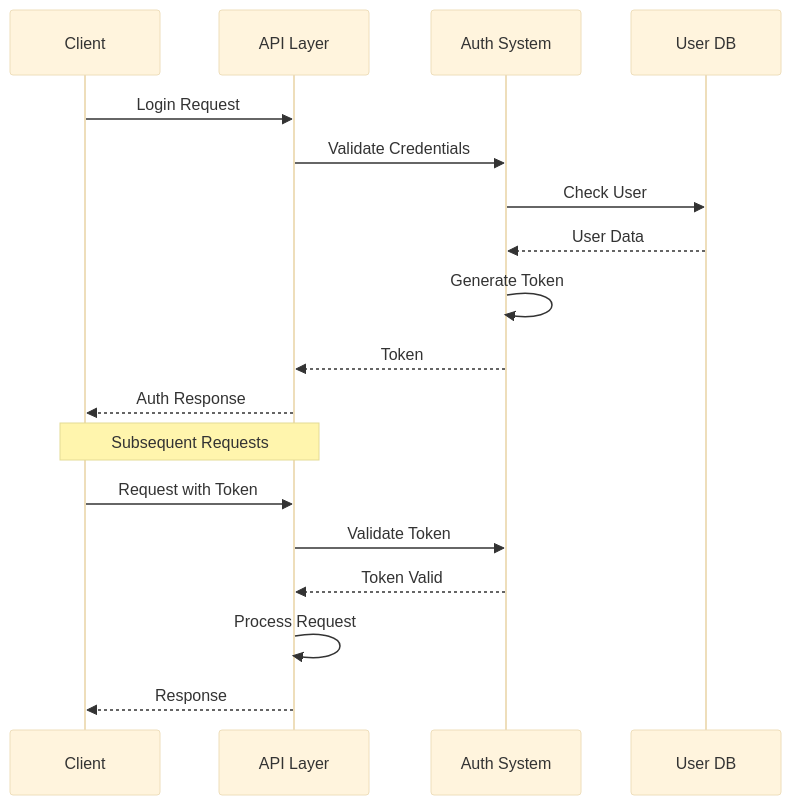
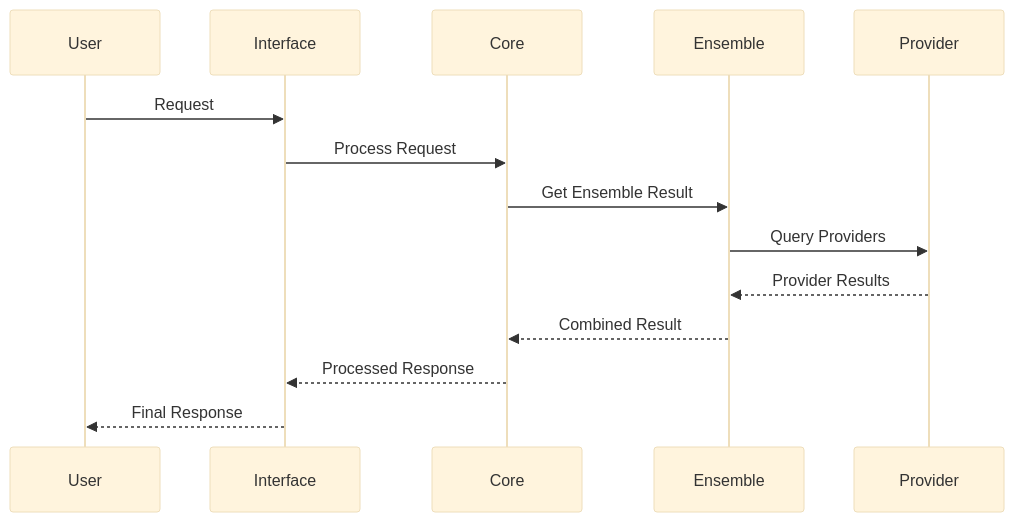
The seventh of 10 diagrams in docs/architecture.md (multimindlab/multimind-sdk), drawn with Mermaid (base theme) before and after one commit. The commit also changed other lines of this file and 35 other files, not shown here.

````diff
--- a/docs/architecture.md
+++ b/docs/architecture.md
@@ -109,22 +258,17 @@
 ```mermaid
 sequenceDiagram
-    participant C as Client
-    participant API as API Layer
-    participant AUTH as Auth System
-    participant DB as User DB
-
-    C->>API: Login Request
-    API->>AUTH: Validate Credentials
-    AUTH->>DB: Check User
-    DB-->>AUTH: User Data
-    AUTH->>AUTH: Generate Token
-    AUTH-->>API: Token
-    API-->>C: Auth Response
-
-    Note over C,API: Subsequent Requests
-    C->>API: Request with Token
-    API->>AUTH: Validate Token
-    AUTH-->>API: Token Valid
-    API->>API: Process Request
-    API-->>C: Response
+    participant User
+    participant Interface
+    participant Core
+    participant Ensemble
+    participant Provider
+    
+    User->>Interface: Request
+    Interface->>Core: Process Request
+    Core->>Ensemble: Get Ensemble Result
+    Ensemble->>Provider: Query Providers
+    Provider-->>Ensemble: Provider Results
+    Ensemble-->>Core: Combined Result
+    Core-->>Interface: Processed Response
+    Interface-->>User: Final Response
 ```
````
